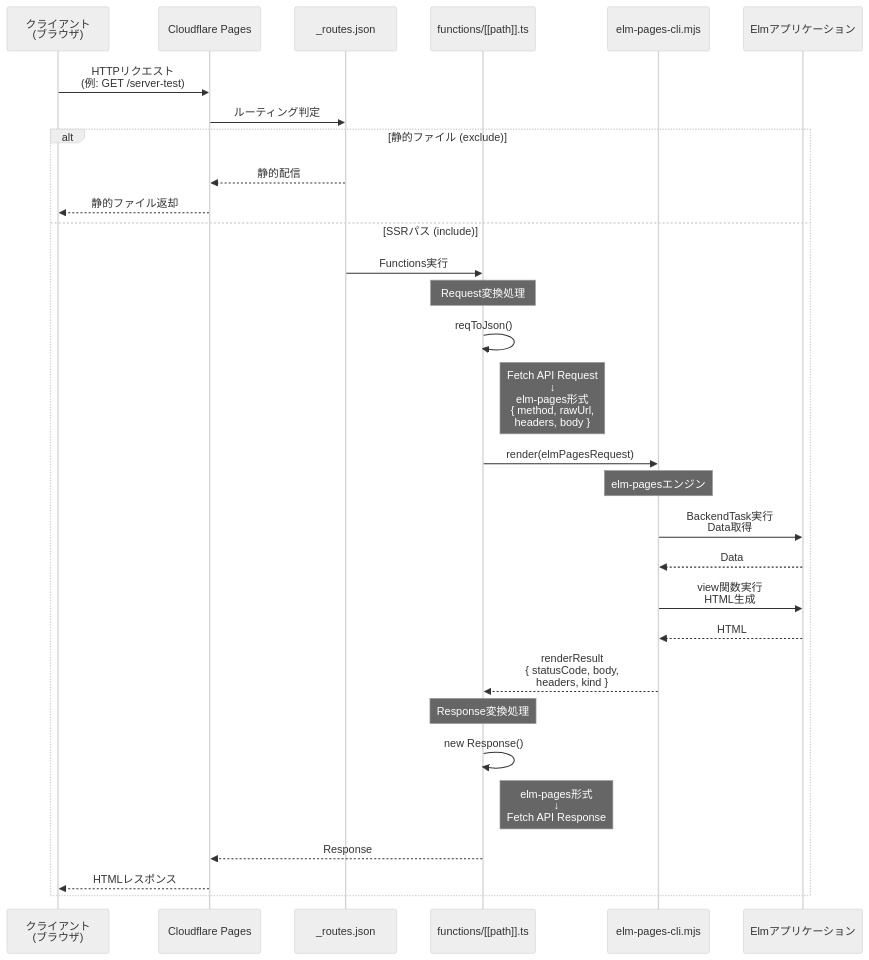
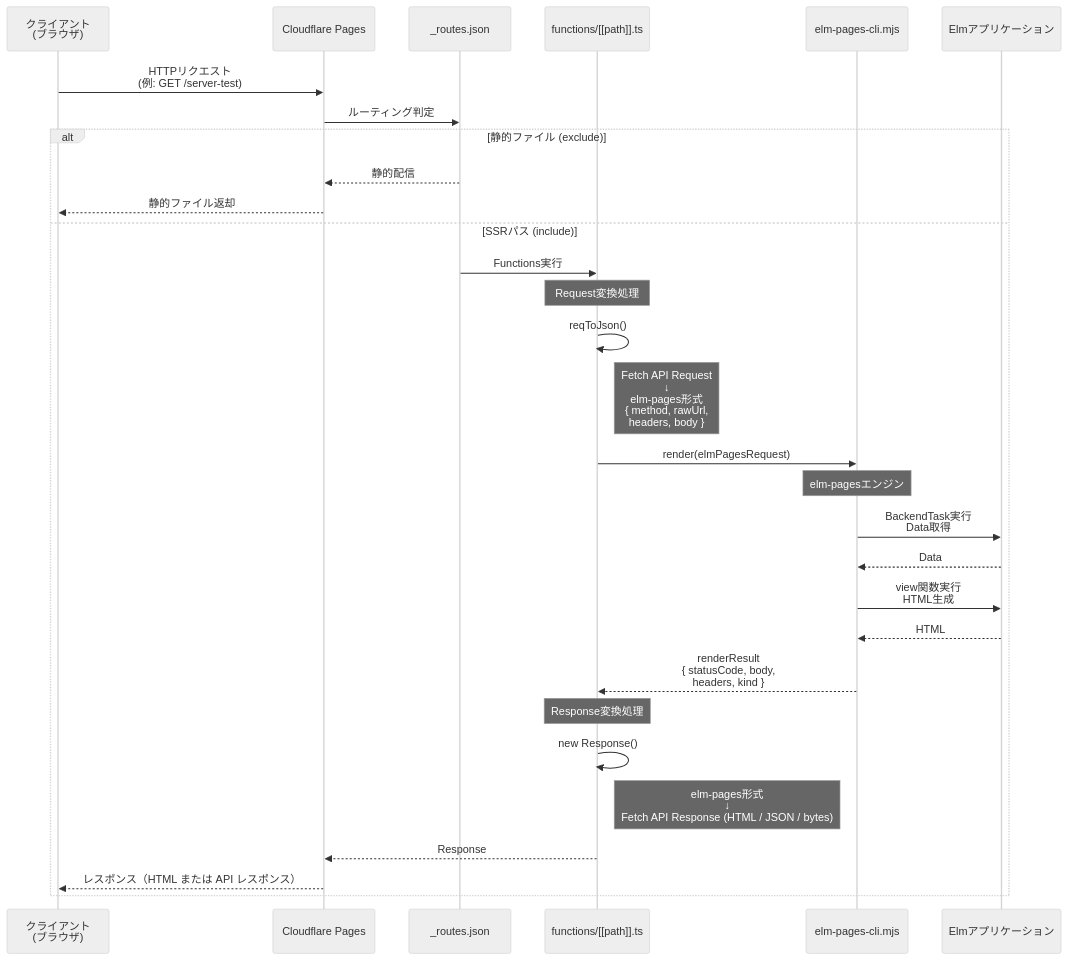
Before and after one commit to ymtszw/ymtszw.github.io: the diagram in articles/cloudflare-pages-adapter-implementation.md, drawn with Mermaid (neutral theme). The commit also changed other lines of this file, not shown here.

Commit message:
docs: generalize data-flow diagram and response handling for API routes

````diff
--- a/articles/cloudflare-pages-adapter-implementation.md
+++ b/articles/cloudflare-pages-adapter-implementation.md
@@ -129,41 +129,41 @@
 ```mermaid
 sequenceDiagram
     participant Client as クライアント<br/>(ブラウザ)
     participant CF as Cloudflare Pages
     participant Routes as _routes.json
     participant Handler as functions/[[path]].ts
     participant Render as elm-pages-cli.mjs
     participant Elm as Elmアプリケーション
 
     Client->>CF: HTTPリクエスト<br/>(例: GET /server-test)
 
     CF->>Routes: ルーティング判定
 
     alt 静的ファイル (exclude)
         Routes-->>CF: 静的配信
         CF-->>Client: 静的ファイル返却
     else SSRパス (include)
         Routes->>Handler: Functions実行
 
         Note over Handler: Request変換処理
         Handler->>Handler: reqToJson()
         Note right of Handler: Fetch API Request<br/>↓<br/>elm-pages形式<br/>{ method, rawUrl,<br/>  headers, body }
 
         Handler->>Render: render(elmPagesRequest)
 
         Note over Render: elm-pagesエンジン
         Render->>Elm: BackendTask実行<br/>Data取得
         Elm-->>Render: Data
         Render->>Elm: view関数実行<br/>HTML生成
         Elm-->>Render: HTML
 
         Render-->>Handler: renderResult<br/>{ statusCode, body,<br/>  headers, kind }
 
         Note over Handler: Response変換処理
         Handler->>Handler: new Response()
-        Note right of Handler: elm-pages形式<br/>↓<br/>Fetch API Response
+        Note right of Handler: elm-pages形式<br/>↓<br/>Fetch API Response (HTML / JSON / bytes)
 
         Handler-->>CF: Response
-        CF-->>Client: HTMLレスポンス
+        CF-->>Client: レスポンス（HTML または API レスポンス）
     end
 ```
````
